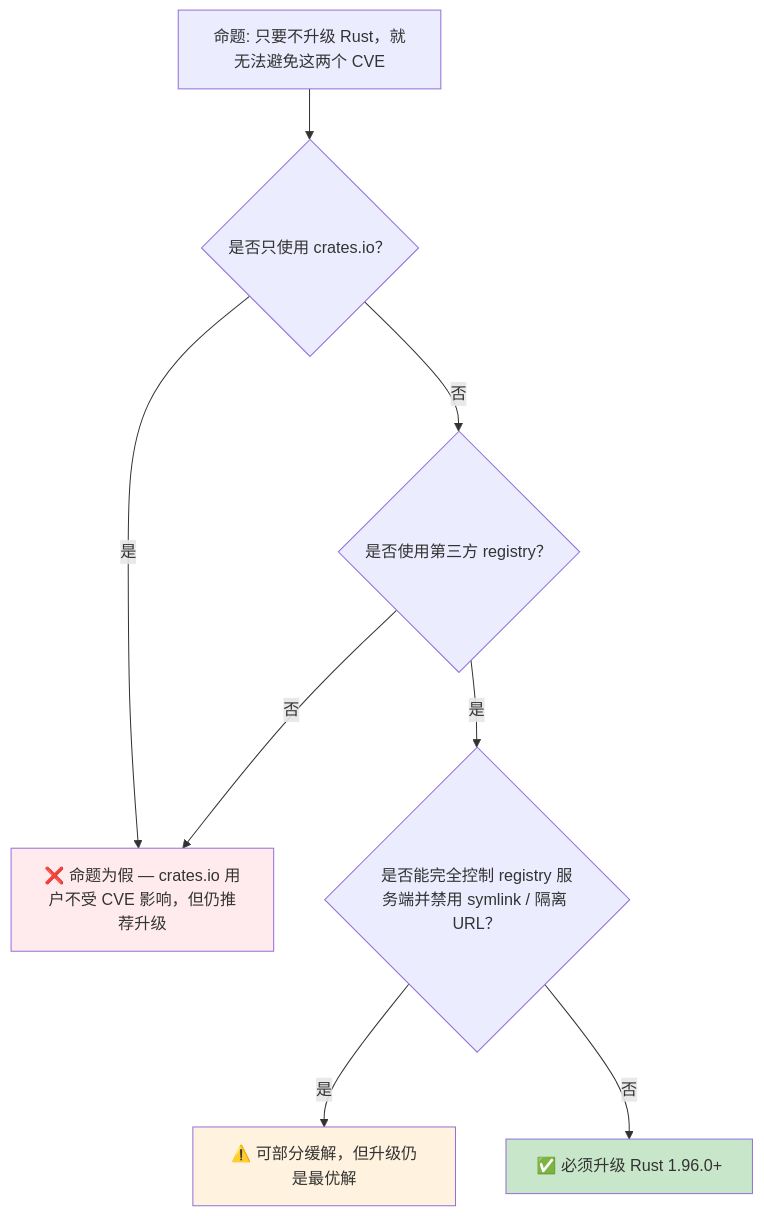
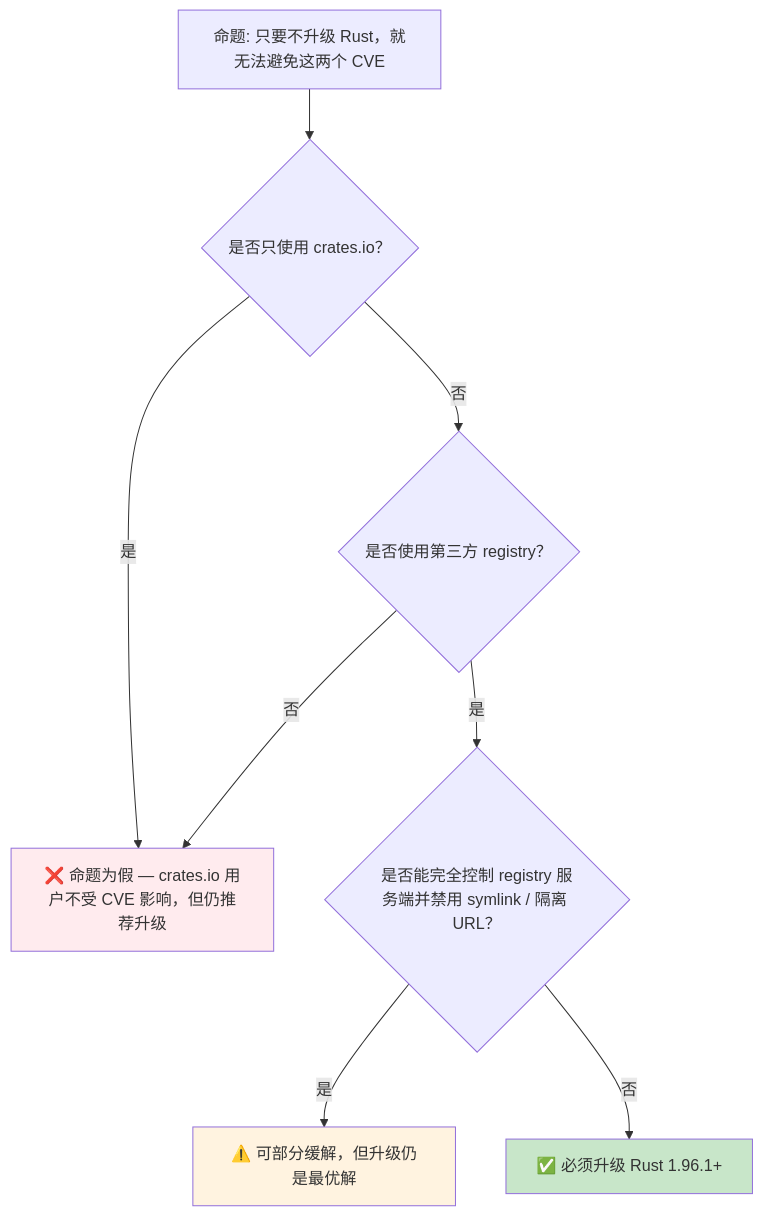
The diagram in concept/06_ecosystem/72_cargo_security_cves.md (martin-ly/rust-lang), drawn with Mermaid before and after one commit. The commit also changed other lines of this file and 1777 other files, not shown here.

````diff
--- a/concept/06_ecosystem/72_cargo_security_cves.md
+++ b/concept/06_ecosystem/72_cargo_security_cves.md
@@ -297,15 +297,15 @@
 ```mermaid
 graph TD
     ROOT["命题: 只要不升级 Rust，就无法避免这两个 CVE"]
     ROOT --> Q1{"是否只使用 crates.io？"}
     Q1 -->|是| NOT["❌ 命题为假 — crates.io 用户不受 CVE 影响，但仍推荐升级"]
     Q1 -->|否| Q2{"是否使用第三方 registry？"}
     Q2 -->|否| NOT
     Q2 -->|是| Q3{"是否能完全控制 registry 服务端并禁用 symlink / 隔离 URL？"}
     Q3 -->|是| MIT["⚠️ 可部分缓解，但升级仍是最优解"]
-    Q3 -->|否| TRUE["✅ 必须升级 Rust 1.96.0+"]
+    Q3 -->|否| TRUE["✅ 必须升级 Rust 1.96.1+"]
 
     style TRUE fill:#c8e6c9
     style NOT fill:#ffebee
     style MIT fill:#fff3e0
 ```
````
